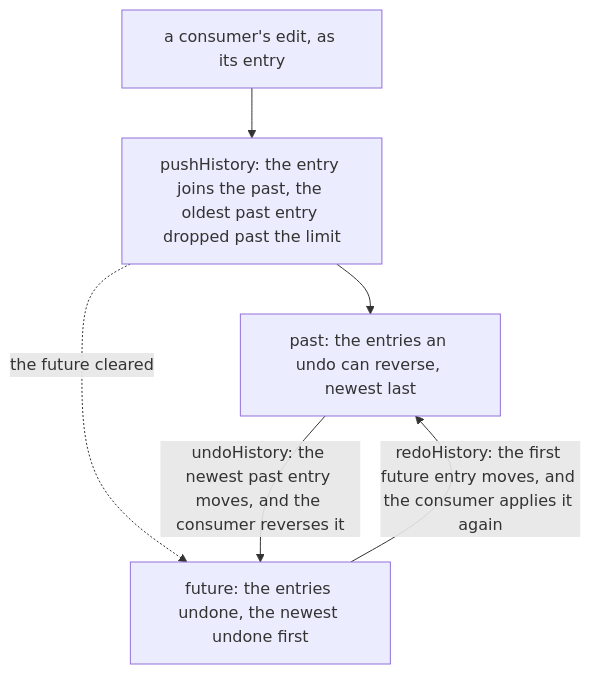
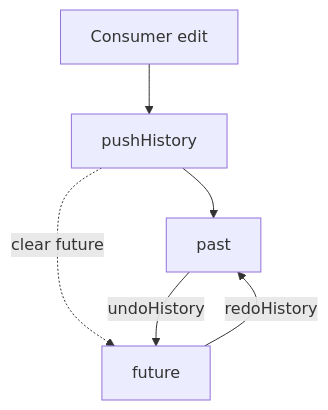
The diagram in openspec/specs/shared/bounded-history/design.md (Esposter/Esposter), drawn with Mermaid before and after one commit. The commit also changed 8 other files, not shown here.

````diff
--- a/openspec/specs/shared/bounded-history/design.md
+++ b/openspec/specs/shared/bounded-history/design.md
@@ -7,8 +7,8 @@
 ```mermaid
 flowchart TD
-  EDIT["a consumer's edit, as its entry"] --> PUSH["pushHistory: the entry joins the past, the oldest past entry dropped past the limit"]
-  PUSH --> PAST["past: the entries an undo can reverse, newest last"]
-  PUSH -.->|"the future cleared"| FUTURE
-  PAST -->|"undoHistory: the newest past entry moves, and the consumer reverses it"| FUTURE["future: the entries undone, the newest undone first"]
-  FUTURE -->|"redoHistory: the first future entry moves, and the consumer applies it again"| PAST
+  EDIT["Consumer edit"] --> PUSH["pushHistory"]
+  PUSH --> PAST["past"]
+  PUSH -.->|"clear future"| FUTURE["future"]
+  PAST -->|"undoHistory"| FUTURE
+  FUTURE -->|"redoHistory"| PAST
 ```
````
